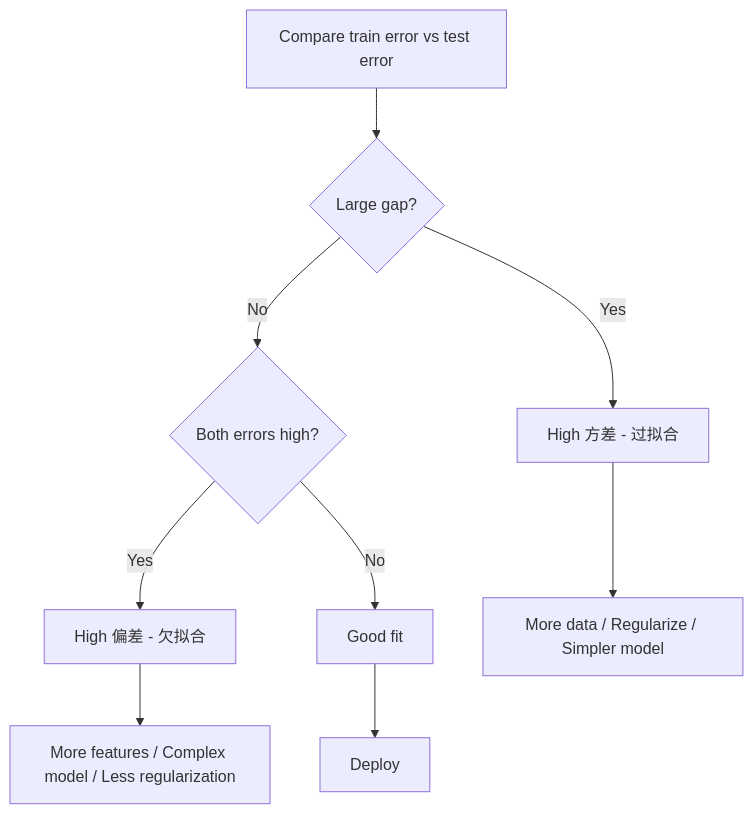
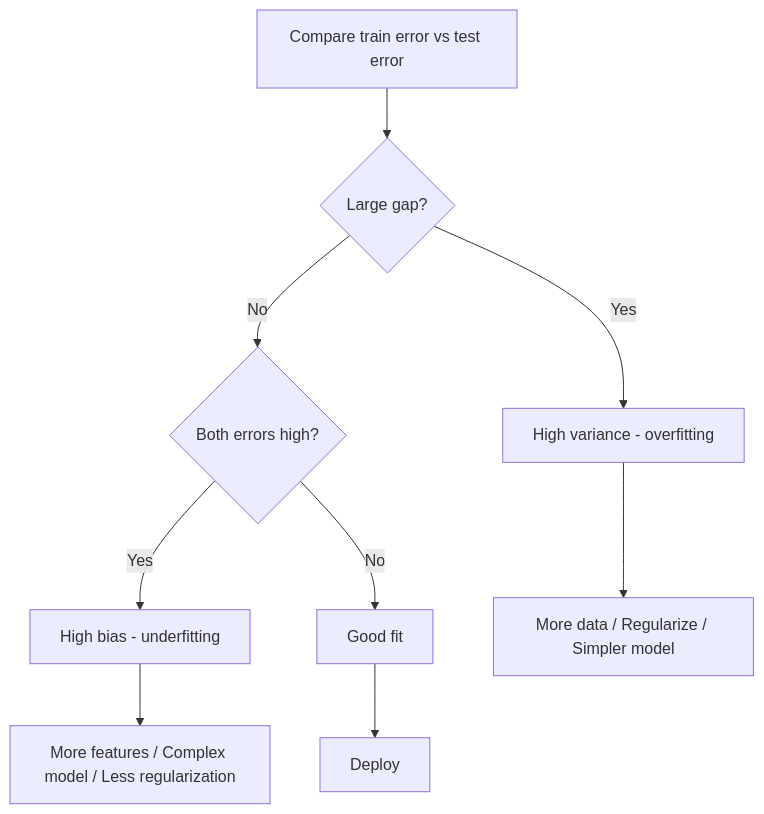
One commit to arwei944/ai-engineering-from-scratch changed the third of 5 diagrams in phases/02-ml-fundamentals/10-bias-variance/docs/zh.md. Above: the diagram before and after it, drawn with Mermaid. The commit also changed other lines of this file and 65 other files, not shown here.

````diff
--- a/phases/02-ml-fundamentals/10-bias-variance/docs/zh.md
+++ b/phases/02-ml-fundamentals/10-bias-variance/docs/zh.md
@@ -142,12 +142,12 @@
 ```mermaid
 flowchart TD
     A[Compare train error vs test error] --> B{Large gap?}
-    B -->|Yes| C[High 方差 - 过拟合]
+    B -->|Yes| C[High variance - overfitting]
     B -->|No| D{Both errors high?}
-    D -->|Yes| E[High 偏差 - 欠拟合]
+    D -->|Yes| E[High bias - underfitting]
     D -->|No| F[Good fit]
 
     C --> G[More data / Regularize / Simpler model]
     E --> H[More features / Complex model / Less regularization]
     F --> I[Deploy]
 ```
````
